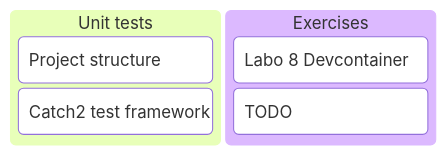
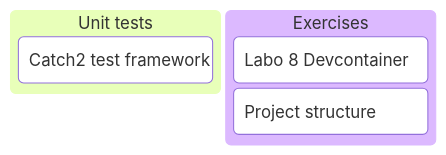
The diagram in slides/session_8_labo/index.md (GlennVL-AP/cpp-programming-slides), drawn with Mermaid before and after one commit. The commit also changed other lines of this file, not shown here.

Commit message:
add catch2 section

````diff
--- a/slides/session_8_labo/index.md
+++ b/slides/session_8_labo/index.md
@@ -7,9 +7,8 @@
 ```mermaid
 kanban
   column1[Unit tests]
-    task1[Project structure]
-    task2[Catch2 test framework]
+    task1[Catch2 test framework]
   column2[Exercises]
-    task3[Labo 8 Devcontainer]
-    task4[TODO]
+    task2[Labo 8 Devcontainer]
+    task3[Project structure]
 ```
````
